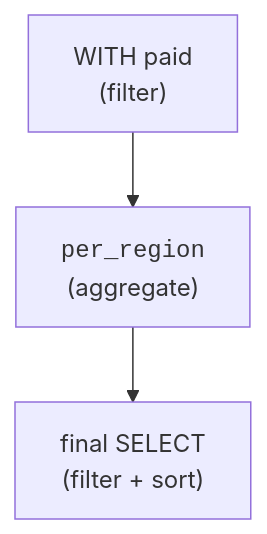
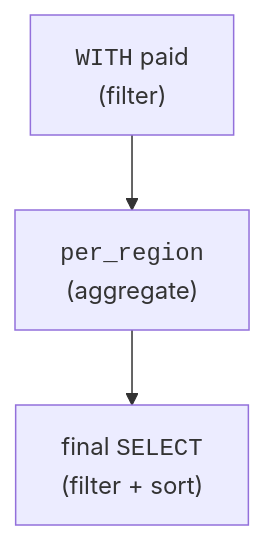
One commit to dataslope/dataslope changed the diagram in content/courses/sql-analytics-duckdb/common-table-expressions.mdx. Above: the diagram before and after it, drawn with Mermaid. The commit also changed other lines of this file and 283 other files, not shown here.

First line of the commit message:
Diagrams as elements, not characters: fix the box model, sweep the corpus, and make syntax breakdowns a convention (#652)

````diff
--- a/content/courses/sql-analytics-duckdb/common-table-expressions.mdx
+++ b/content/courses/sql-analytics-duckdb/common-table-expressions.mdx
@@ -129,5 +139,5 @@
 ```mermaid
 flowchart TD
-    A["WITH paid<br/>(filter)"] --> B["<code>per_region</code><br/>(aggregate)"]
-    B --> C["final SELECT<br/>(filter + sort)"]
+    A["<code>WITH</code> paid<br/>(filter)"] --> B["<code>per_region</code><br/>(aggregate)"]
+    B --> C["final <code>SELECT</code><br/>(filter + sort)"]
 ```
````
